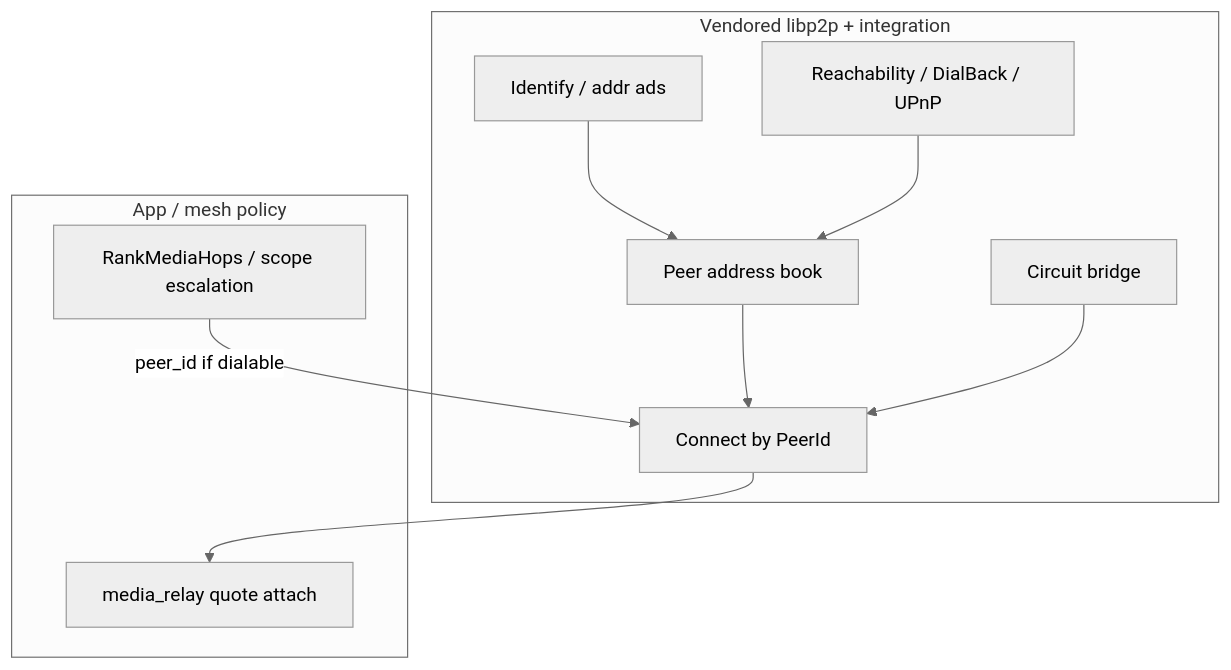
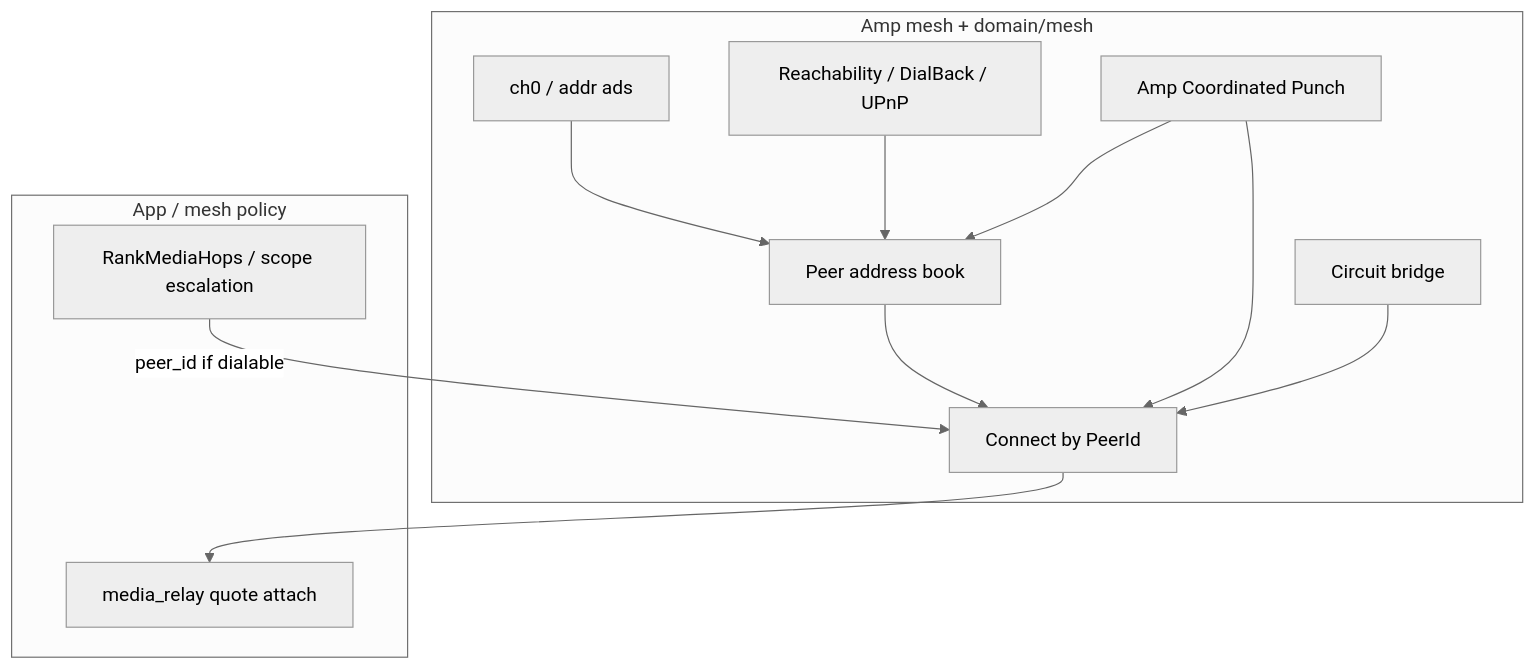
The diagram in projects/media-hop-reachability/DESIGN.md (people-post/pp-browser), drawn with Mermaid (neutral theme) before and after one commit. The commit also changed other lines of this file and 15 other files, not shown here.

First line of the commit message:
docs: specify Amp Coordinated Punch for hole punching

````diff
--- a/projects/media-hop-reachability/DESIGN.md
+++ b/projects/media-hop-reachability/DESIGN.md
@@ -16,20 +16,23 @@
 ```mermaid
 flowchart TB
-  subgraph fork [Vendored libp2p + integration]
-    Identify[Identify / addr ads]
+  subgraph stack [Amp mesh + domain/mesh]
+    Ch0[ch0 / addr ads]
     Book[Peer address book]
     Reach[Reachability / DialBack / UPnP]
+    Punch[Amp Coordinated Punch]
     Circuit[Circuit bridge]
     Dial[Connect by PeerId]
   end
   subgraph product [App / mesh policy]
     Rank[RankMediaHops / scope escalation]
     Media[media_relay quote attach]
   end
-  Identify --> Book
+  Ch0 --> Book
   Reach --> Book
+  Punch --> Book
   Book --> Dial
+  Punch --> Dial
   Circuit --> Dial
   Rank -->|"peer_id if dialable"| Dial
   Dial --> Media
 ```
````
